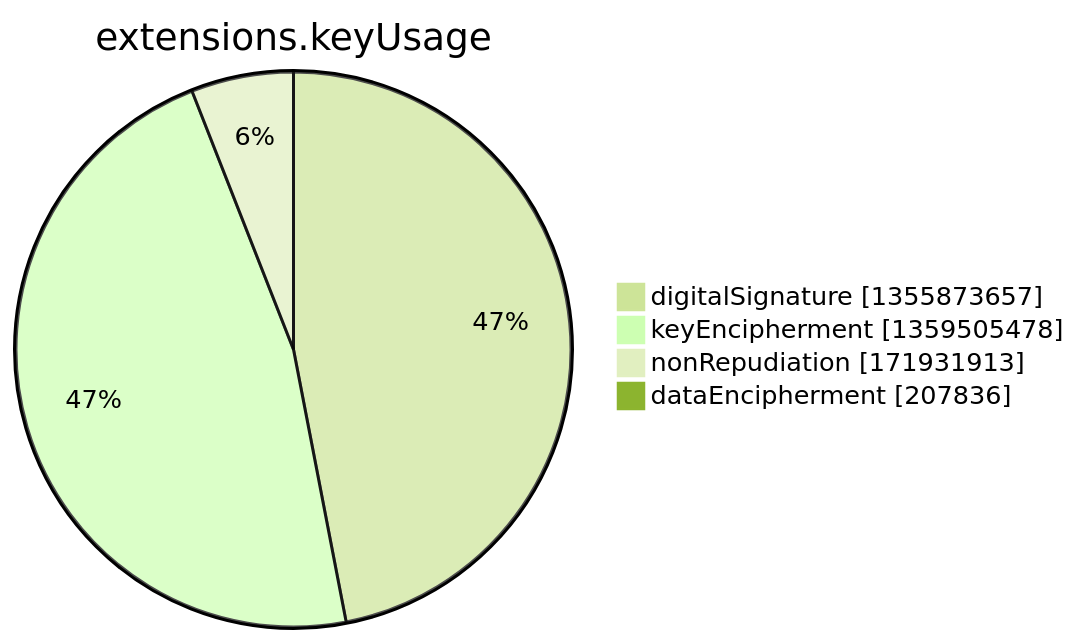
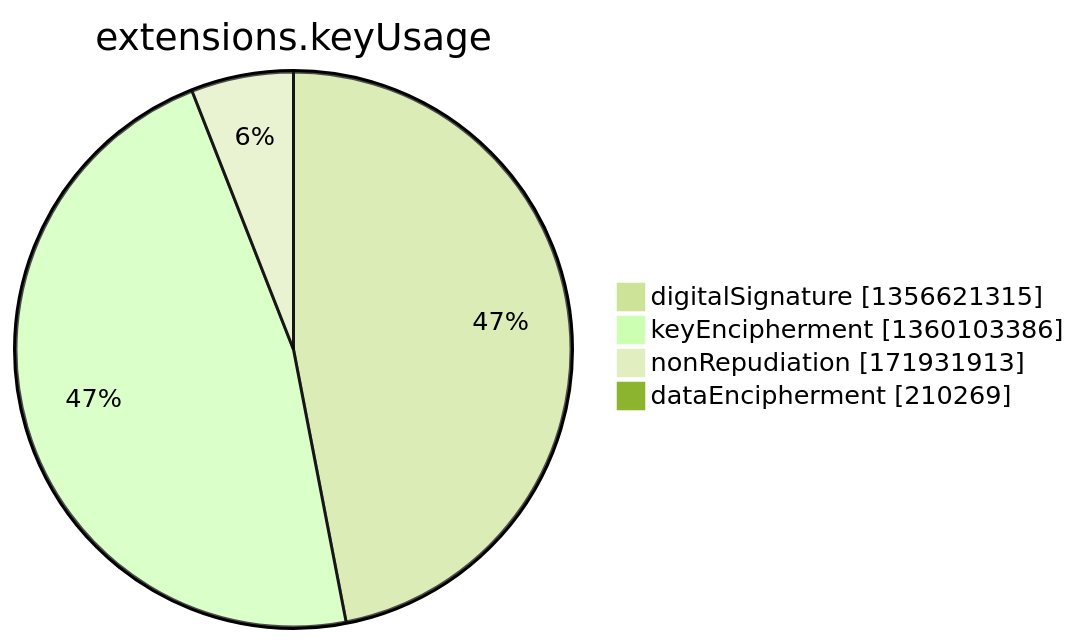
One commit to christiankrug/ctmonitor_visualization changed the seventh of 15 diagrams in argon2022/README.md. Above: the diagram before and after it, drawn with Mermaid (forest theme). The commit also changed other lines of this file, not shown here.

````diff
--- a/argon2022/README.md
+++ b/argon2022/README.md
@@ -2750,8 +2750,8 @@
 ```mermaid
 pie showData
 title extensions.keyUsage
-"digitalSignature" :1355873657
-"keyEncipherment" :1359505478
+"digitalSignature" :1356621315
+"keyEncipherment" :1360103386
 "nonRepudiation" :171931913
-"dataEncipherment" :207836
+"dataEncipherment" :210269
 ```
````
